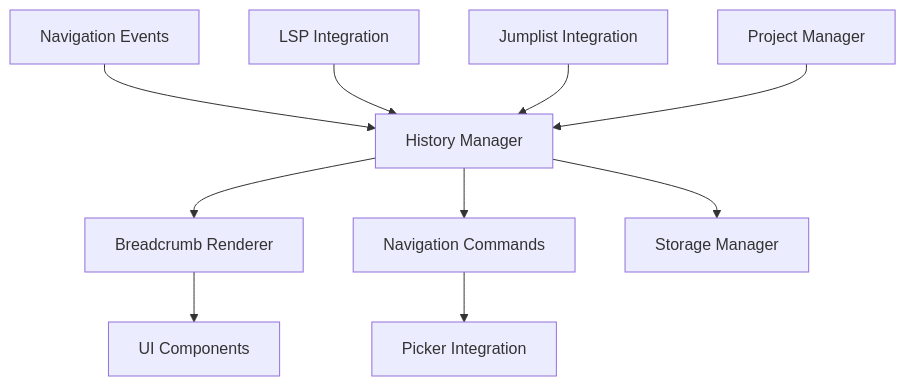
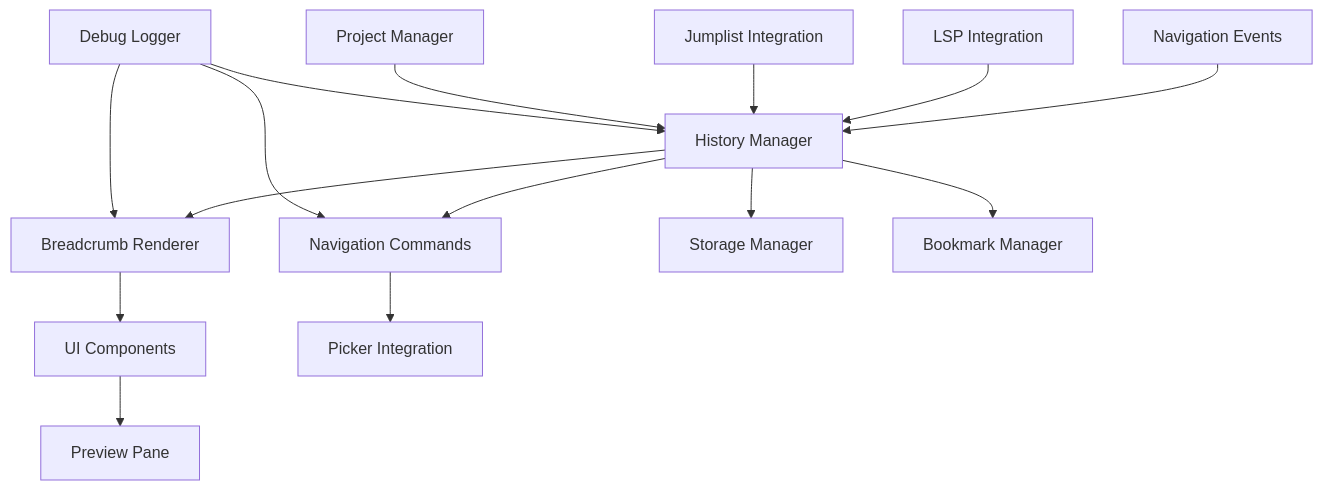
Before and after one commit to KyleKing/spaghetti-comb.nvim: the diagram in .kiro/specs/nvim-navigation-breadcrumbs/design.md, drawn with Mermaid. The commit also changed other lines of this file and 1 other file, not shown here.

````diff
--- a/.kiro/specs/nvim-navigation-breadcrumbs/design.md
+++ b/.kiro/specs/nvim-navigation-breadcrumbs/design.md
@@ -13,12 +13,17 @@
 ```mermaid
 graph TB
     A[Navigation Events] --> B[History Manager]
     B --> C[Breadcrumb Renderer]
     B --> D[Navigation Commands]
     E[LSP Integration] --> B
     F[Jumplist Integration] --> B
     G[Project Manager] --> B
     B --> H[Storage Manager]
+    B --> K[Bookmark Manager]
     C --> I[UI Components]
     D --> J[Picker Integration]
+    I --> L[Preview Pane]
+    M[Debug Logger] --> B
+    M --> C
+    M --> D
 ```
````
